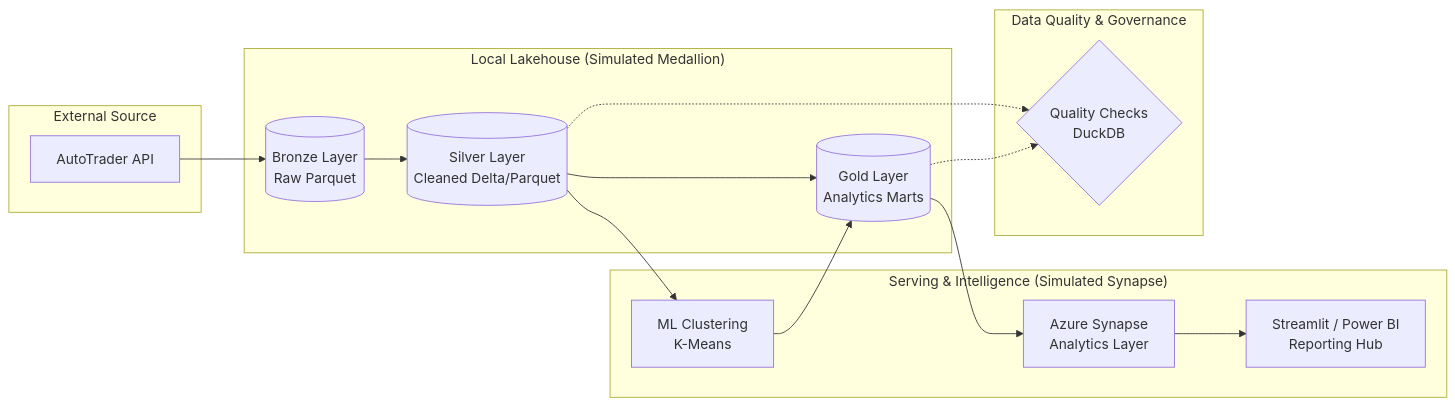
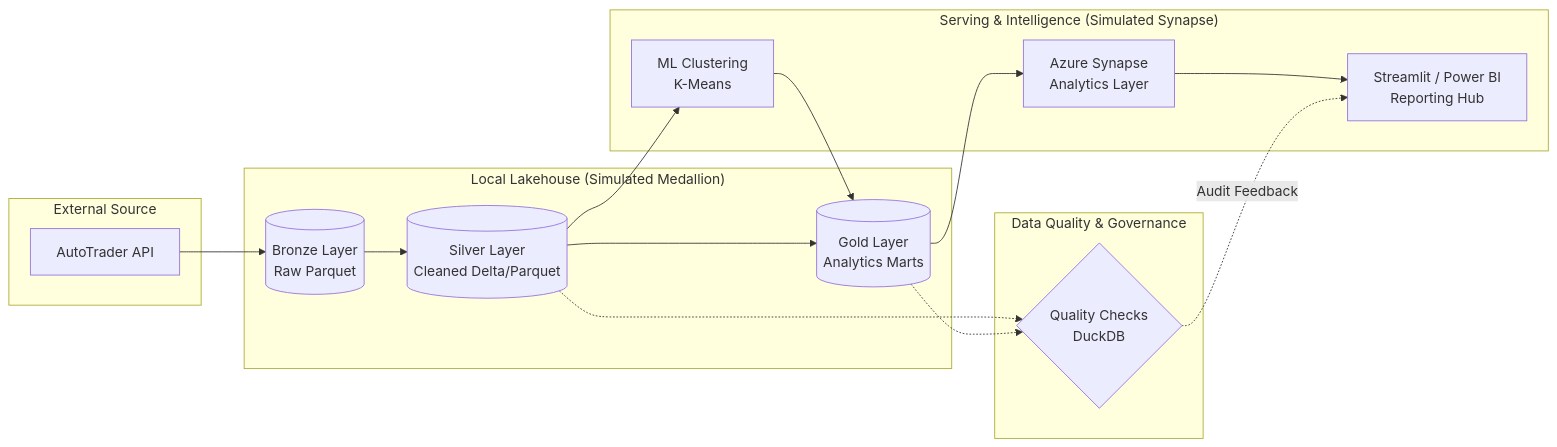
Before and after one commit to S4LL77/Ulez-Project-azure-databricks: the first of 2 diagrams in README.md, drawn with Mermaid. The commit also changed other lines of this file and 3 other files, not shown here.

````diff
--- a/README.md
+++ b/README.md
@@ -10,33 +10,34 @@
 ```mermaid
 graph LR
     subgraph "External Source"
         API[AutoTrader API]
     end
 
     subgraph "Local Lakehouse (Simulated Medallion)"
         Bronze[(Bronze Layer<br/>Raw Parquet)]
         Silver[(Silver Layer<br/>Cleaned Delta/Parquet)]
         Gold[(Gold Layer<br/>Analytics Marts)]
     end
 
     subgraph "Serving & Intelligence (Simulated Synapse)"
         ML[ML Clustering<br/>K-Means]
         Synapse[Azure Synapse<br/>Analytics Layer]
         App[Streamlit / Power BI<br/>Reporting Hub]
     end
 
     subgraph "Data Quality & Governance"
         QA{Quality Checks<br/>DuckDB}
     end
 
     API --> Bronze
     Bronze --> Silver
     Silver --> Gold
     Silver --> ML
     ML --> Gold
     Gold --> Synapse
     Synapse --> App
     
     Silver -.-> QA
     Gold -.-> QA
+    QA -.->|Audit Feedback| App
 ```
````
